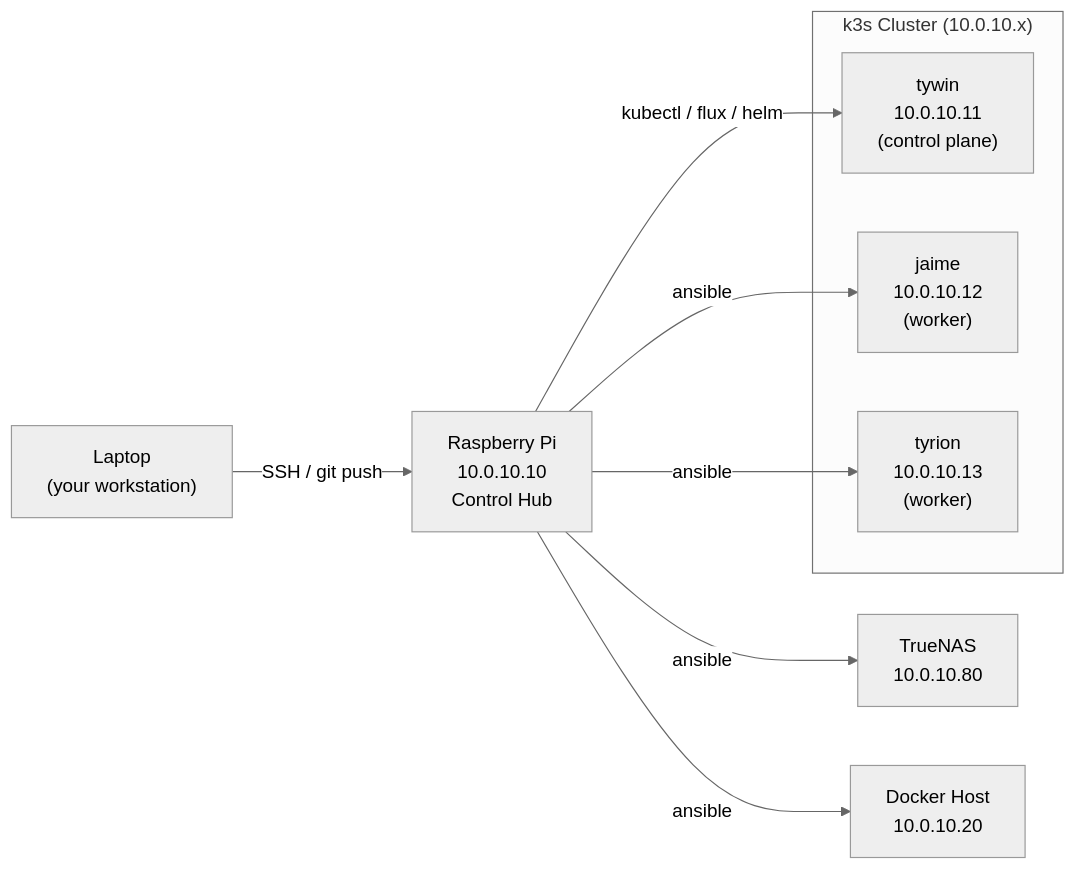
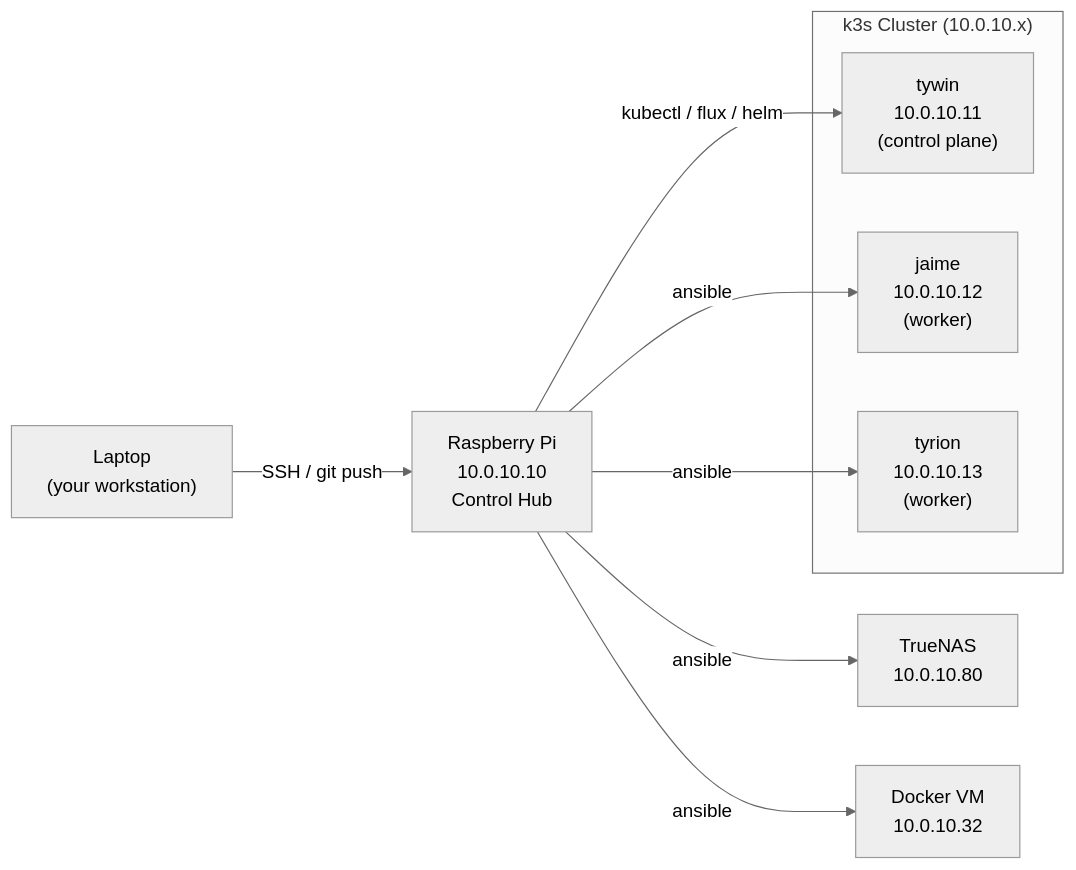
Before and after one commit to Kagiso-me/homelab-infrastructure: the diagram in raspberry-pi/docs/01_setup.md, drawn with Mermaid (neutral theme). The commit also changed 45 other files, not shown here.

First line of the commit message:
Add ADR-005 for self-hosted GitHub Actions runners and create roadmap HTML

````diff
--- a/raspberry-pi/docs/01_setup.md
+++ b/raspberry-pi/docs/01_setup.md
@@ -16,20 +16,20 @@
 ```mermaid
 graph LR
     Laptop["Laptop\n(your workstation)"]
     RPi["Raspberry Pi\n10.0.10.10\nControl Hub"]
     TrueNAS["TrueNAS\n10.0.10.80"]
-    Docker["Docker Host\n10.0.10.20"]
+    Docker["Docker VM\n10.0.10.32"]
 
     subgraph k3s ["k3s Cluster (10.0.10.x)"]
         tywin["tywin\n10.0.10.11\n(control plane)"]
         jaime["jaime\n10.0.10.12\n(worker)"]
         tyrion["tyrion\n10.0.10.13\n(worker)"]
     end
 
     Laptop -->|"SSH / git push"| RPi
     RPi -->|"kubectl / flux / helm"| tywin
     RPi -->|"ansible"| jaime
     RPi -->|"ansible"| tyrion
     RPi -->|"ansible"| TrueNAS
     RPi -->|"ansible"| Docker
 ```
````
